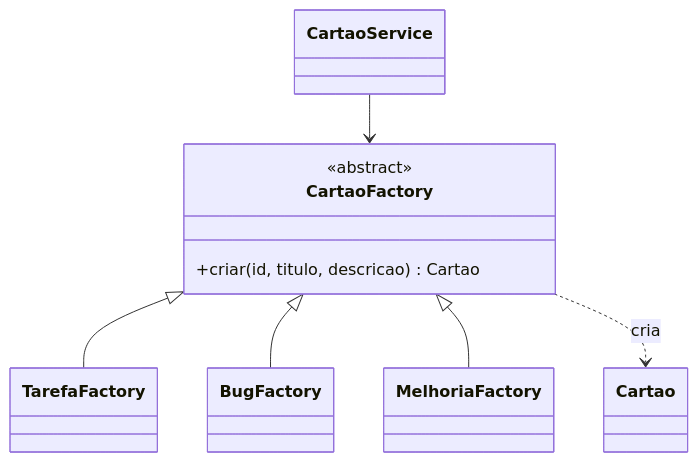
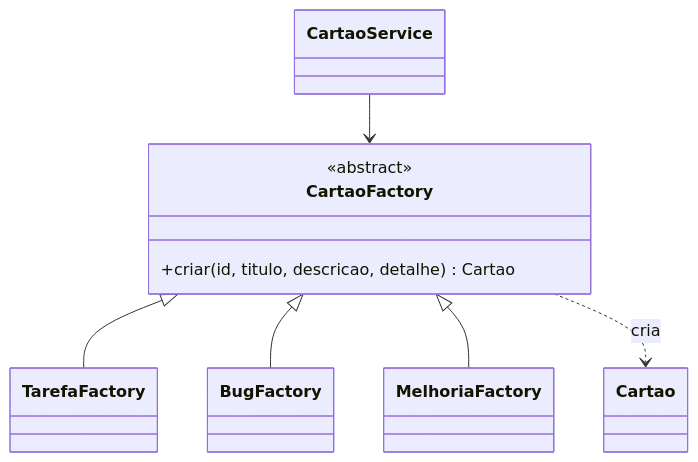
The first of 3 diagrams in docs/padroes.md (alana-britoc/gerenciador-kanban), drawn with Mermaid before and after one commit. The commit also changed other lines of this file and 13 other files, not shown here.

````diff
--- a/docs/padroes.md
+++ b/docs/padroes.md
@@ -9,12 +11,12 @@
 ```mermaid
 classDiagram
     class CartaoFactory {
         <<abstract>>
-        +criar(id, titulo, descricao) Cartao
+        +criar(id, titulo, descricao, detalhe) Cartao
     }
     CartaoFactory <|-- TarefaFactory
     CartaoFactory <|-- BugFactory
     CartaoFactory <|-- MelhoriaFactory
     CartaoService --> CartaoFactory
     CartaoFactory ..> Cartao : cria
 ```
````
